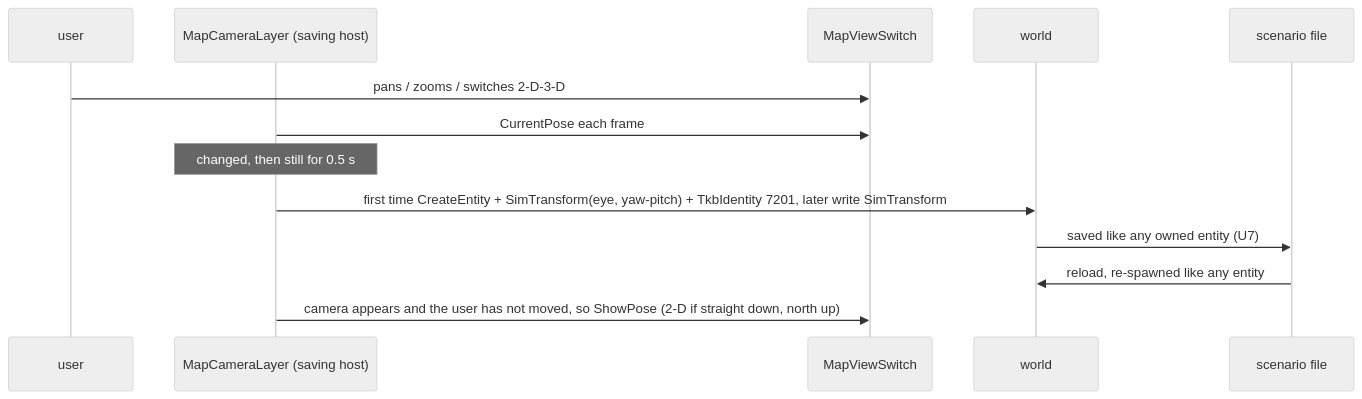
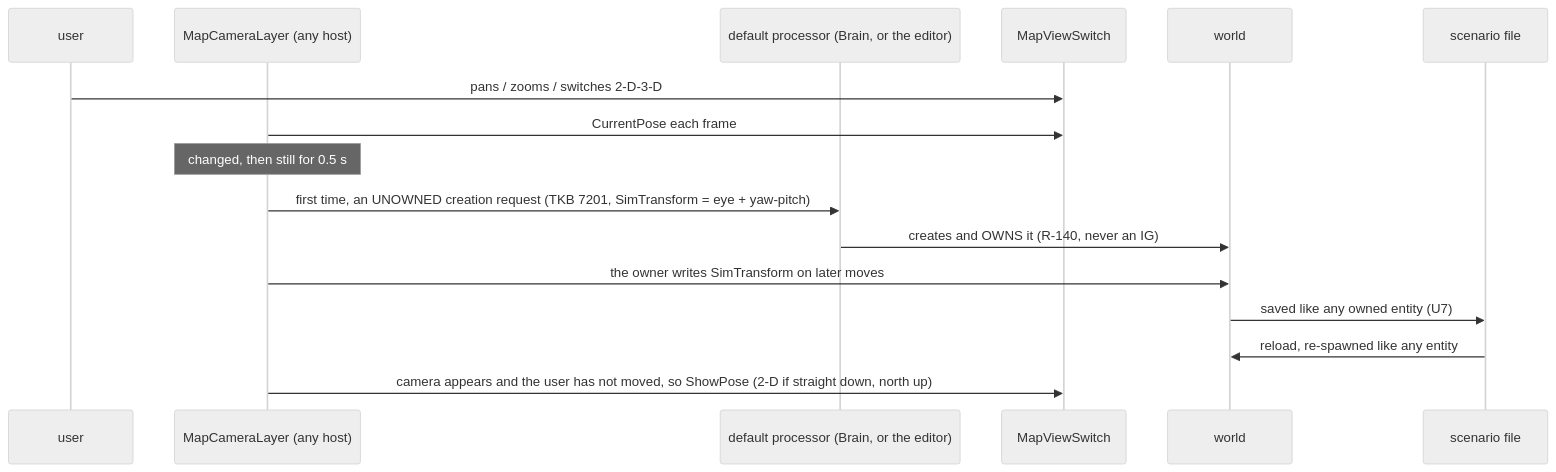
Diagram 18 of 18 in docs/DESIGN_Map_3D_Mode.md (pjanec/HROT), drawn with Mermaid (neutral theme) before and after one commit. The commit also changed other lines of this file and 13 other files, not shown here.

````diff
--- a/docs/DESIGN_Map_3D_Mode.md
+++ b/docs/DESIGN_Map_3D_Mode.md
@@ -1135,15 +1137,18 @@
 ```mermaid
 sequenceDiagram
   participant U as user
-  participant L as MapCameraLayer (saving host)
+  participant L as MapCameraLayer (any host)
+  participant P as default processor (Brain, or the editor)
   participant S as MapViewSwitch
   participant W as world
   participant F as scenario file
   U->>S: pans / zooms / switches 2-D-3-D
   L->>S: CurrentPose each frame
   Note over L: changed, then still for 0.5 s
-  L->>W: first time CreateEntity + SimTransform(eye, yaw-pitch) + TkbIdentity 7201, later write SimTransform
+  L->>P: first time, an UNOWNED creation request (TKB 7201, SimTransform = eye + yaw-pitch)
+  P->>W: creates and OWNS it (R-140, never an IG)
+  L->>W: the owner writes SimTransform on later moves
   W->>F: saved like any owned entity (U7)
   F->>W: reload, re-spawned like any entity
   L->>S: camera appears and the user has not moved, so ShowPose (2-D if straight down, north up)
 ```
````
